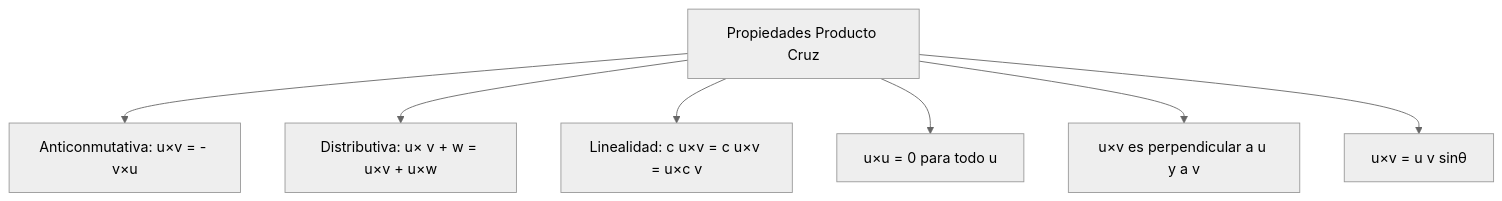
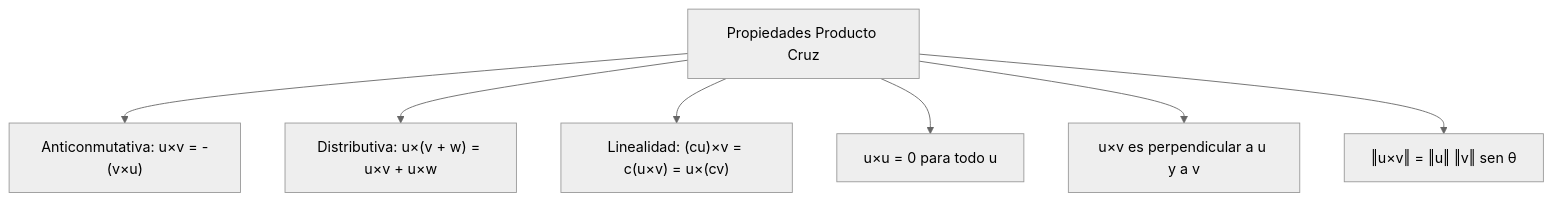
One commit to djaimej/computer-science-template changed the first of 3 diagrams in public/documents/semester-2/4/2413.md. Above: the diagram before and after it, drawn with Mermaid (neutral theme). The commit also changed other lines of this file and 20 other files, not shown here.

````diff
--- a/public/documents/semester-2/4/2413.md
+++ b/public/documents/semester-2/4/2413.md
@@ -23,9 +23,9 @@
 ```mermaid
 flowchart TD
-    A[Propiedades Producto Cruz] --> B[Anticonmutativa: u×v = - v×u]
-    A --> C[Distributiva: u× v + w = u×v + u×w]
-    A --> D[Linealidad: c u×v = c u×v = u×c v]
-    A --> E[u×u = 0 para todo u]
-    A --> F[u×v es perpendicular a u y a v]
-    A --> G[ u×v = u v sinθ]
+    A[Propiedades Producto Cruz] --> B["Anticonmutativa: u×v = -(v×u)"]
+    A --> C["Distributiva: u×(v + w) = u×v + u×w"]
+    A --> D["Linealidad: (cu)×v = c(u×v) = u×(cv)"]
+    A --> E["u×u = 0 para todo u"]
+    A --> F["u×v es perpendicular a u y a v"]
+    A --> G["‖u×v‖ = ‖u‖ ‖v‖ sen θ"]
 ```
````
